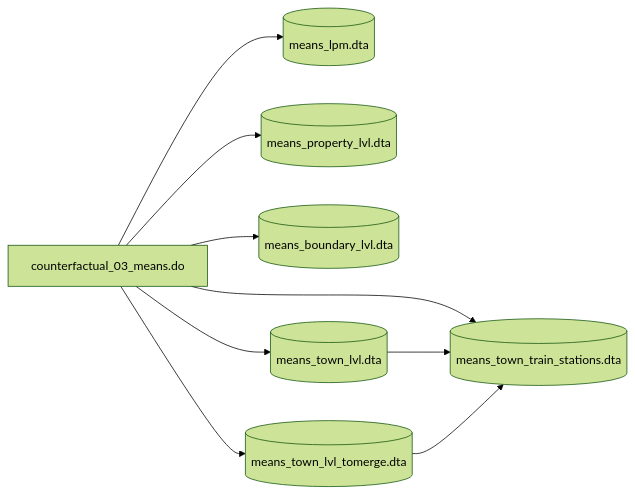
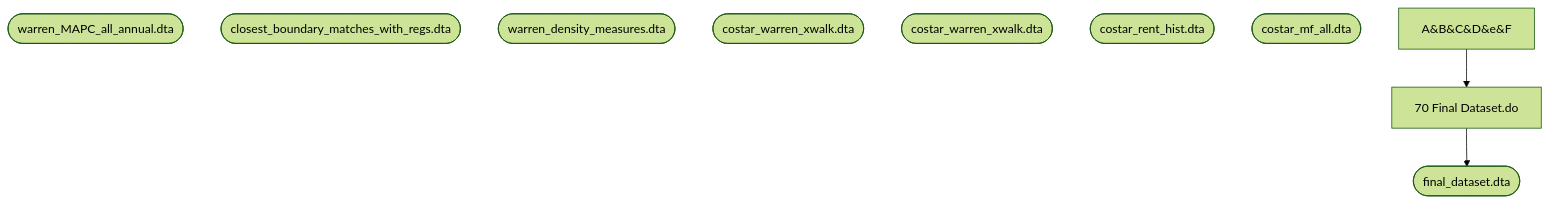
The sixth of 6 diagrams in code/data_setup/README.md (nchiumenti/boston_zoning), drawn with Mermaid (forest theme) before and after one commit. The commit also changed other lines of this file, not shown here.

````diff
--- a/code/data_setup/README.md
+++ b/code/data_setup/README.md
@@ -137,11 +124,14 @@
 ```mermaid
-flowchart LR
-  A[counterfactual_03_means.do] --> B[(means_lpm.dta)];
-  A --> C[(means_property_lvl.dta)];
-  A --> D[(means_boundary_lvl.dta)];
-  A --> E[(means_town_lvl.dta)];
-  A --> F[(means_town_lvl_tomerge.dta)];
-  A --> G[(means_town_train_stations.dta)];
-  E --> G;
-  F --> G;
+flowchart TD
+A([warren_MAPC_all_annual.dta])
+B([closest_boundary_matches_with_regs.dta])
+C([warren_density_measures.dta])
+D([costar_warren_xwalk.dta])
+E([costar_warren_xwalk.dta])
+F([costar_rent_hist.dta])
+G([costar_mf_all.dta])
+H[70 Final Dataset.do]
+I([final_dataset.dta])
+
+A&B&C&D&e&F-->H-->I
 ```
````
